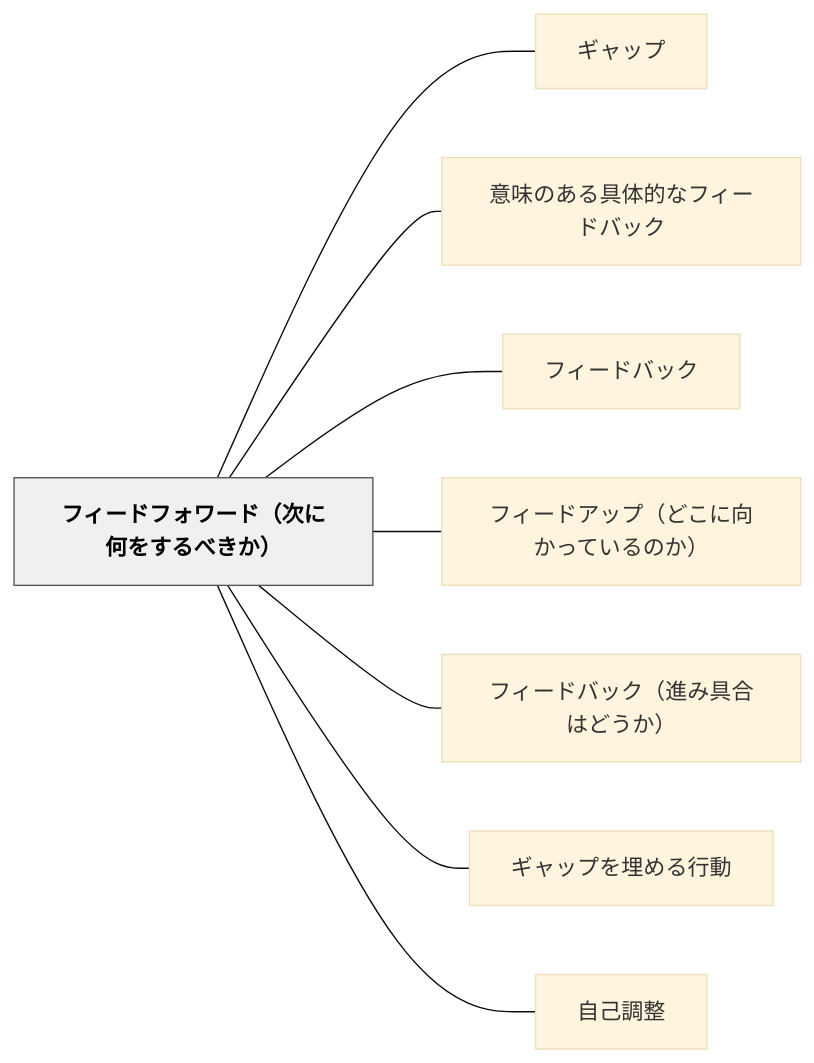
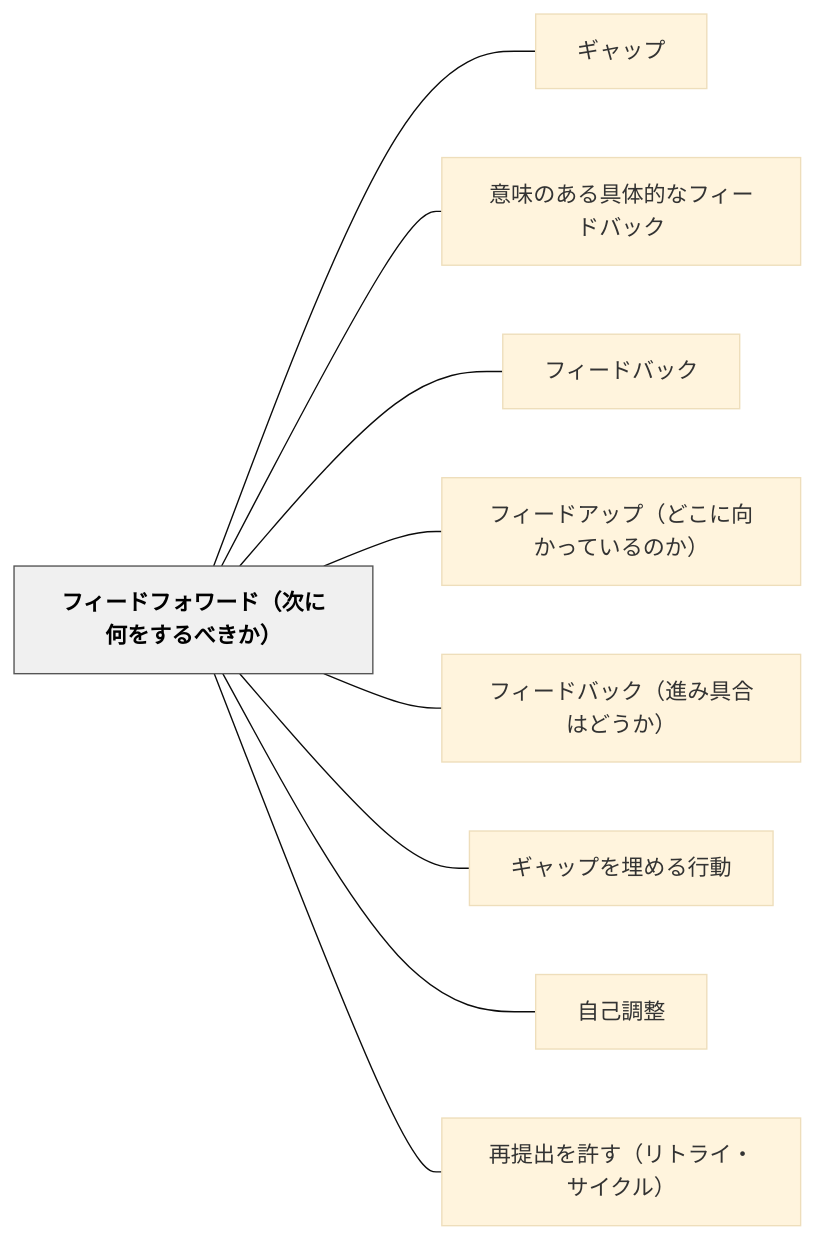
The diagram in content/パタン/フィードフォワード（次に何をするべきか）.md (unknownthings-ed-patterns/unknownthings-ed-patterns), drawn with Mermaid (base theme) before and after one commit. The commit also changed other lines of this file and 6 other files, not shown here.

````diff
--- a/content/パタン/フィードフォワード（次に何をするべきか）.md
+++ b/content/パタン/フィードフォワード（次に何をするべきか）.md
@@ -53,22 +54,24 @@
 ```mermaid
 flowchart LR
     ne38395e382a3e383bce38389e38395e382a9e383afe383bce38389efbc88e6aca1e381abe4bd95e38292e38199e3828be381b9e3818de3818befbc89["フィードフォワード（次に何をするべきか）"]
     ne382aee383a3e38383e38397["ギャップ"]
     ne6848fe591b3e381aee38182e3828be585b7e4bd93e79a84e381aae38395e382a3e383bce38389e38390e38383e382af["意味のある具体的なフィードバック"]
     ne38395e382a3e383bce38389e38390e38383e382af["フィードバック"]
     ne38395e382a3e383bce38389e382a2e38383e38397efbc88e381a9e38193e381abe59091e3818be381a3e381a6e38184e3828be381aee3818befbc89["フィードアップ（どこに向かっているのか）"]
     ne38395e382a3e383bce38389e38390e38383e382afefbc88e980b2e381bfe585b7e59088e381afe381a9e38186e3818befbc89["フィードバック（進み具合はどうか）"]
     ne382aee383a3e38383e38397e38292e59f8be38281e3828be8a18ce58b95["ギャップを埋める行動"]
     ne887aae5b7b1e8aabfe695b4["自己調整"]
+    ne5868de68f90e587bae38292e8a8b1e38199efbc88e383aae38388e383a9e382a4e383bbe382b5e382a4e382afe383abefbc89["再提出を許す（リトライ・サイクル）"]
 
     ne38395e382a3e383bce38389e38395e382a9e383afe383bce38389efbc88e6aca1e381abe4bd95e38292e38199e3828be381b9e3818de3818befbc89 --- ne382aee383a3e38383e38397
     ne38395e382a3e383bce38389e38395e382a9e383afe383bce38389efbc88e6aca1e381abe4bd95e38292e38199e3828be381b9e3818de3818befbc89 --- ne6848fe591b3e381aee38182e3828be585b7e4bd93e79a84e381aae38395e382a3e383bce38389e38390e38383e382af
     ne38395e382a3e383bce38389e38395e382a9e383afe383bce38389efbc88e6aca1e381abe4bd95e38292e38199e3828be381b9e3818de3818befbc89 --- ne38395e382a3e383bce38389e38390e38383e382af
     ne38395e382a3e383bce38389e38395e382a9e383afe383bce38389efbc88e6aca1e381abe4bd95e38292e38199e3828be381b9e3818de3818befbc89 --- ne38395e382a3e383bce38389e382a2e38383e38397efbc88e381a9e38193e381abe59091e3818be381a3e381a6e38184e3828be381aee3818befbc89
     ne38395e382a3e383bce38389e38395e382a9e383afe383bce38389efbc88e6aca1e381abe4bd95e38292e38199e3828be381b9e3818de3818befbc89 --- ne38395e382a3e383bce38389e38390e38383e382afefbc88e980b2e381bfe585b7e59088e381afe381a9e38186e3818befbc89
     ne38395e382a3e383bce38389e38395e382a9e383afe383bce38389efbc88e6aca1e381abe4bd95e38292e38199e3828be381b9e3818de3818befbc89 --- ne382aee383a3e38383e38397e38292e59f8be38281e3828be8a18ce58b95
     ne38395e382a3e383bce38389e38395e382a9e383afe383bce38389efbc88e6aca1e381abe4bd95e38292e38199e3828be381b9e3818de3818befbc89 --- ne887aae5b7b1e8aabfe695b4
+    ne38395e382a3e383bce38389e38395e382a9e383afe383bce38389efbc88e6aca1e381abe4bd95e38292e38199e3828be381b9e3818de3818befbc89 --- ne5868de68f90e587bae38292e8a8b1e38199efbc88e383aae38388e383a9e382a4e383bbe382b5e382a4e382afe383abefbc89
 
     classDef hub fill:#f0f0f0,stroke:#555,color:#000,font-weight:bold
     class ne38395e382a3e383bce38389e38395e382a9e383afe383bce38389efbc88e6aca1e381abe4bd95e38292e38199e3828be381b9e3818de3818befbc89 hub
 ```
````
